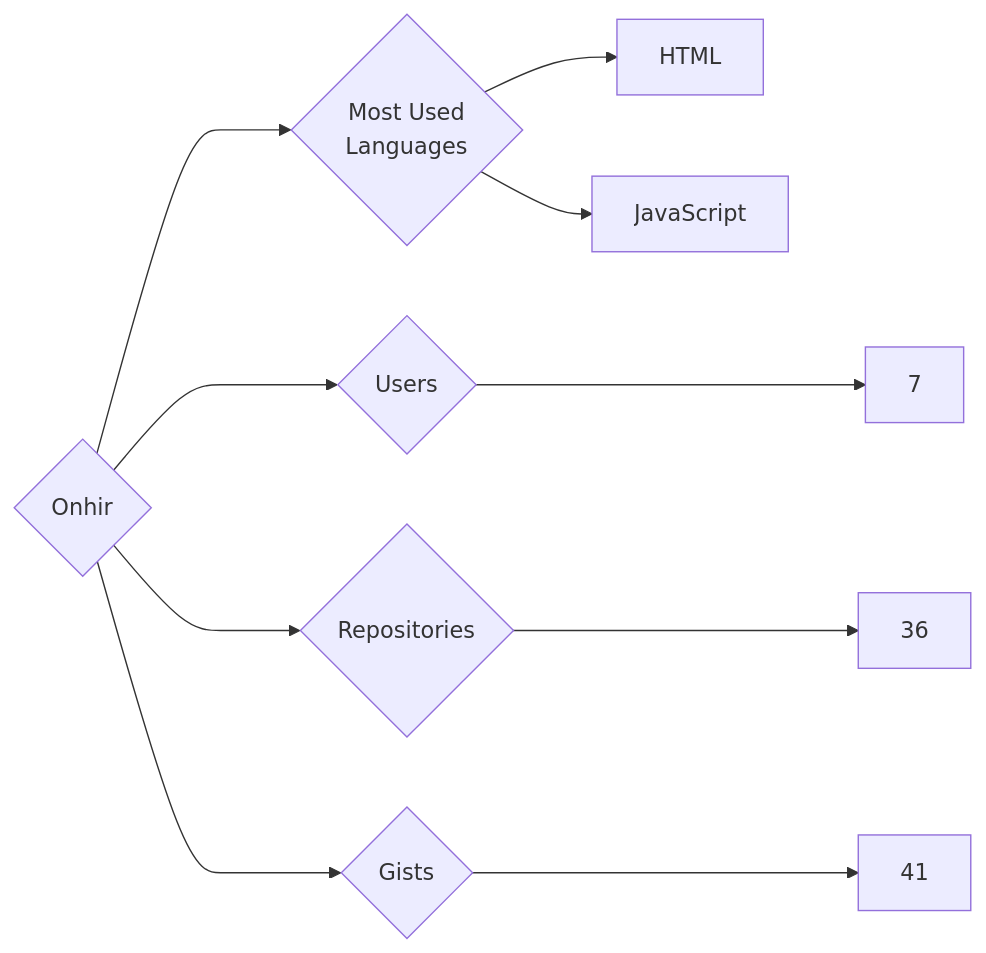
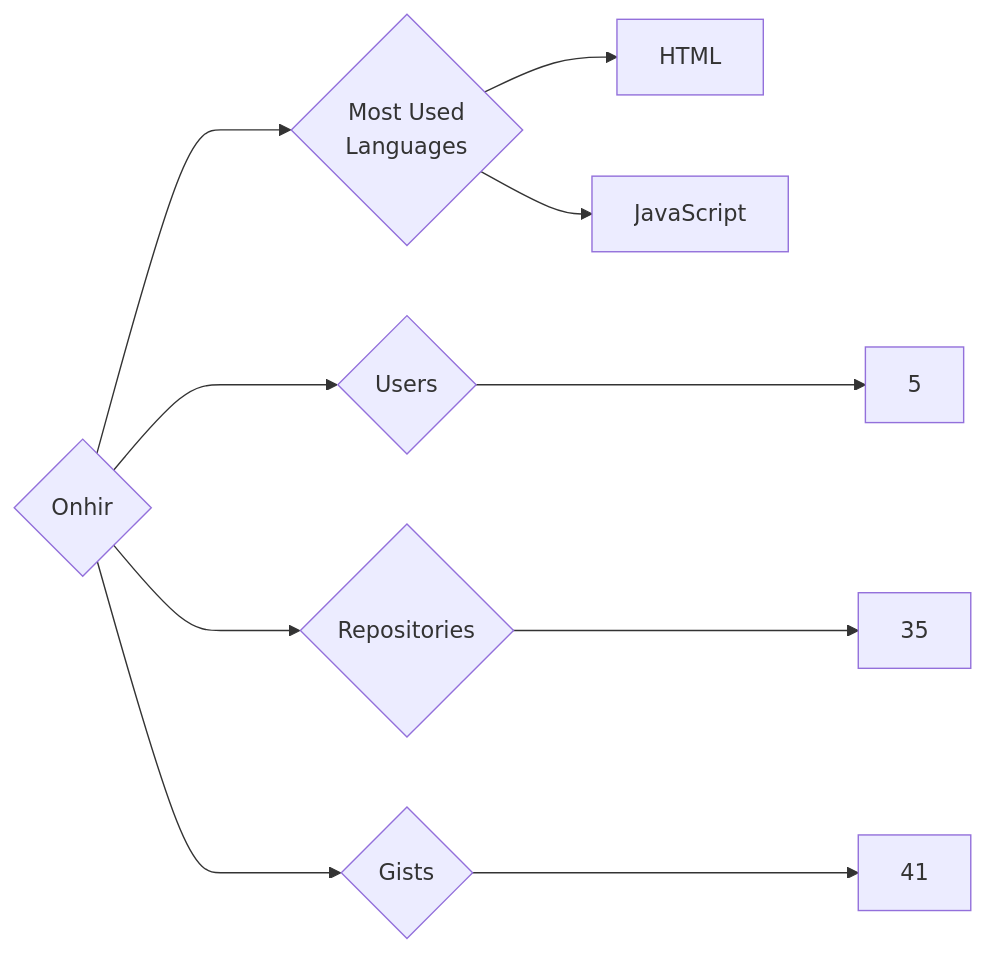
The diagram in targets/Onhir/README.md (trickest/insiders), drawn with Mermaid before and after one commit. The commit also changed 1248 other files, not shown here.

````diff
--- a/targets/Onhir/README.md
+++ b/targets/Onhir/README.md
@@ -3,10 +3,10 @@
 ```mermaid
 graph LR
 COMPANY_NAME{Onhir}
-COMPANY_NAME ---> U{Users} ---> UN[7]
-COMPANY_NAME ---> R{Repositories} ---> RN[36]
+COMPANY_NAME ---> U{Users} ---> UN[5]
+COMPANY_NAME ---> R{Repositories} ---> RN[35]
 COMPANY_NAME ---> G{Gists} ---> GN[41]
 COMPANY_NAME ---> ML{Most Used<br>Languages}
 ML --> HTML[HTML]
 ML --> JavaScript[JavaScript]
 ```
````
